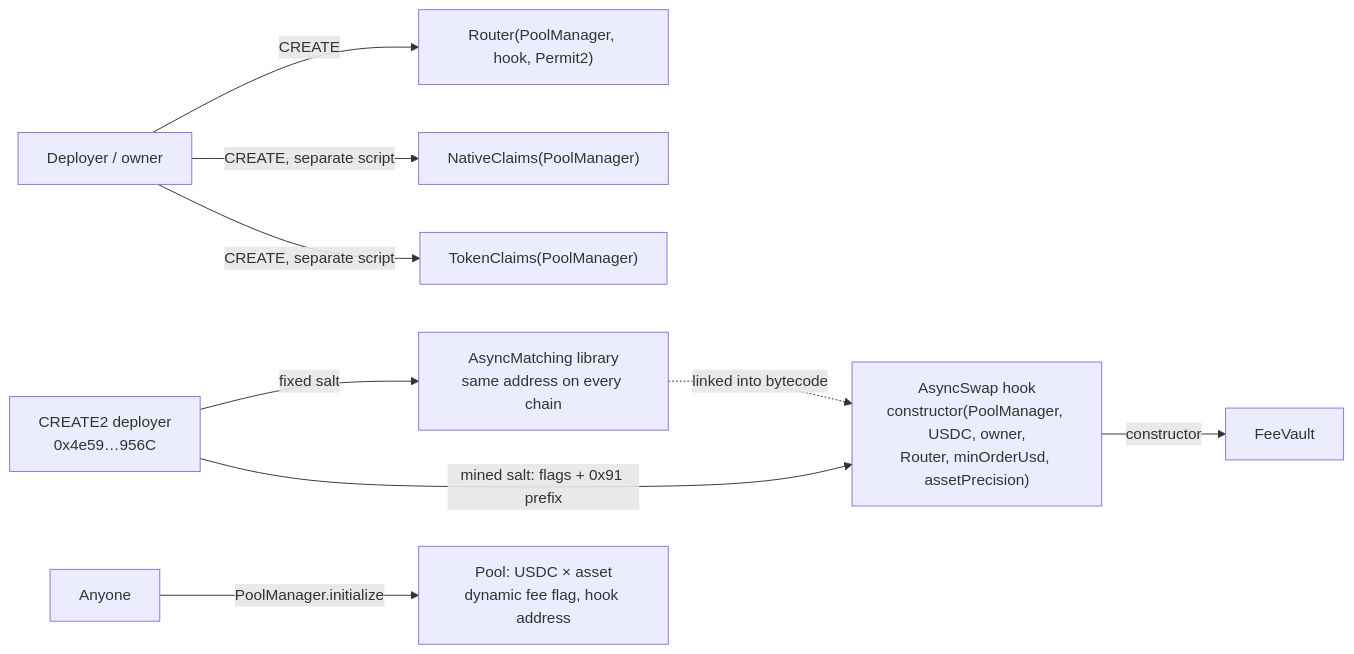
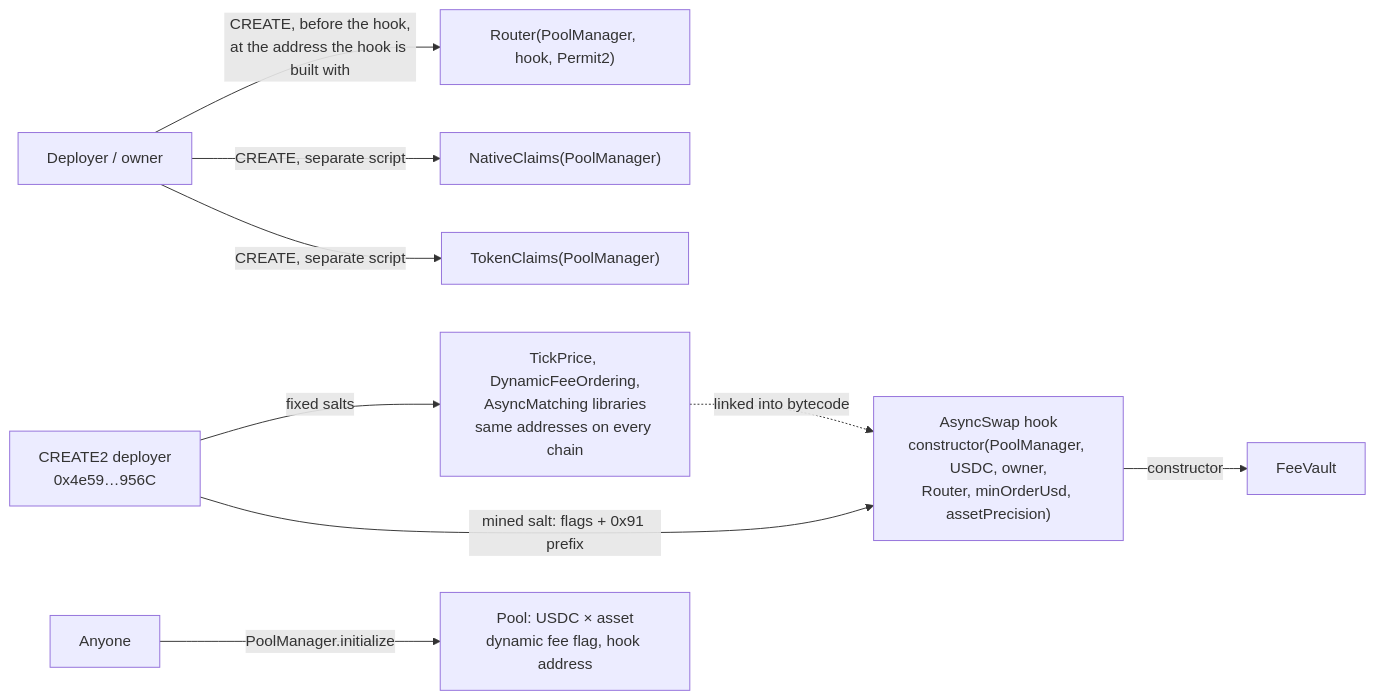
Before and after one commit to asyncswap/contracts: the fifth of 5 diagrams in docs/protocol.md, drawn with Mermaid. The commit also changed other lines of this file and 3 other files, not shown here.

First line of the commit message:
Bring protocol diagrams in line with the code

````diff
--- a/docs/protocol.md
+++ b/docs/protocol.md
@@ -280,11 +286,11 @@
 ```mermaid
 flowchart LR
-    D["CREATE2 deployer<br/>0x4e59…956C"] -->|fixed salt| Lib["AsyncMatching library<br/>same address on every chain"]
+    D["CREATE2 deployer<br/>0x4e59…956C"] -->|fixed salts| Lib["TickPrice, DynamicFeeOrdering,<br/>AsyncMatching libraries<br/>same addresses on every chain"]
     D -->|mined salt: flags + 0x91 prefix| Hook["AsyncSwap hook<br/>constructor(PoolManager, USDC, owner,<br/>Router, minOrderUsd, assetPrecision)"]
     Hook -->|constructor| Vault["FeeVault"]
-    Owner["Deployer / owner"] -->|CREATE| Router["Router(PoolManager, hook, Permit2)"]
+    Owner["Deployer / owner"] -->|CREATE, before the hook,<br/>at the address the hook is built with| Router["Router(PoolManager, hook, Permit2)"]
     Lib -.->|linked into bytecode| Hook
     Owner -->|CREATE, separate script| NC["NativeClaims(PoolManager)"]
     Owner -->|CREATE, separate script| TC["TokenClaims(PoolManager)"]
     Anyone["Anyone"] -->|PoolManager.initialize| Pool["Pool: USDC × asset<br/>dynamic fee flag, hook address"]
 ```
````
